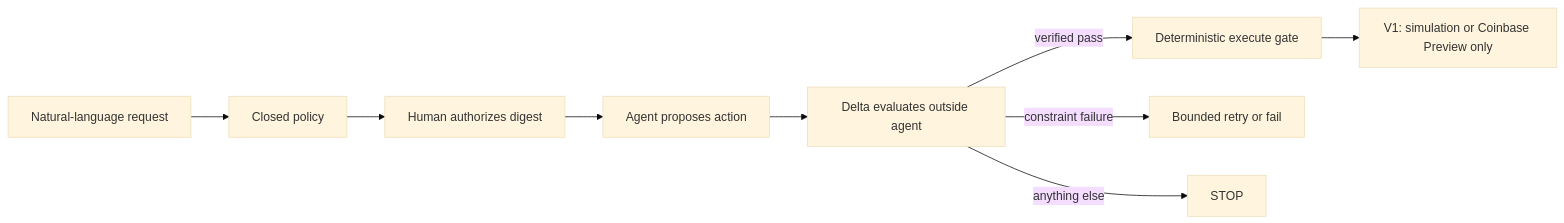
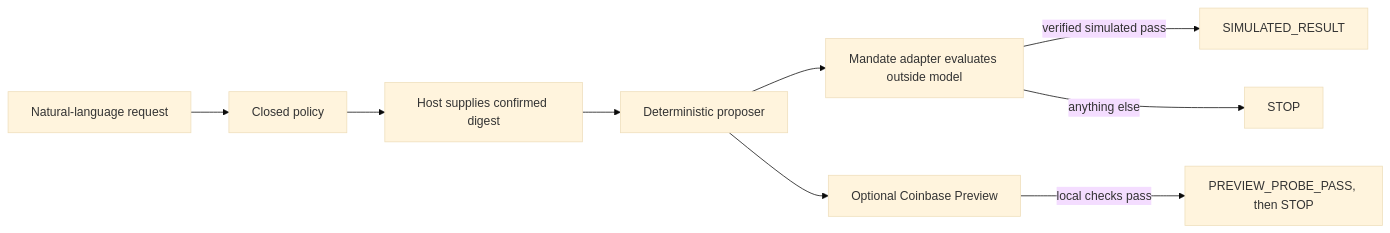
The diagram in README.md (mylesoneil-repyhlabs/coinbase-preview-harness), drawn with Mermaid (base theme) before and after one commit. The commit also changed other lines of this file, not shown here.

````diff
--- a/README.md
+++ b/README.md
@@ -128,11 +129,11 @@
 ```mermaid
 flowchart LR
   U["Natural-language request"] --> P["Closed policy"]
-  P --> H["Human authorizes digest"]
-  H --> A["Agent proposes action"]
-  A --> D["Delta evaluates outside agent"]
-  D -->|"verified pass"| E["Deterministic execute gate"]
-  D -->|"constraint failure"| R["Bounded retry or fail"]
+  P --> H["Host supplies confirmed digest"]
+  H --> A["Deterministic proposer"]
+  A --> D["Mandate adapter evaluates outside model"]
+  D -->|"verified simulated pass"| V["SIMULATED_RESULT"]
   D -->|"anything else"| S["STOP"]
-  E --> V["V1: simulation or Coinbase Preview only"]
+  A --> C["Optional Coinbase Preview"]
+  C -->|"local checks pass"| Q["PREVIEW_PROBE_PASS, then STOP"]
 ```
````
